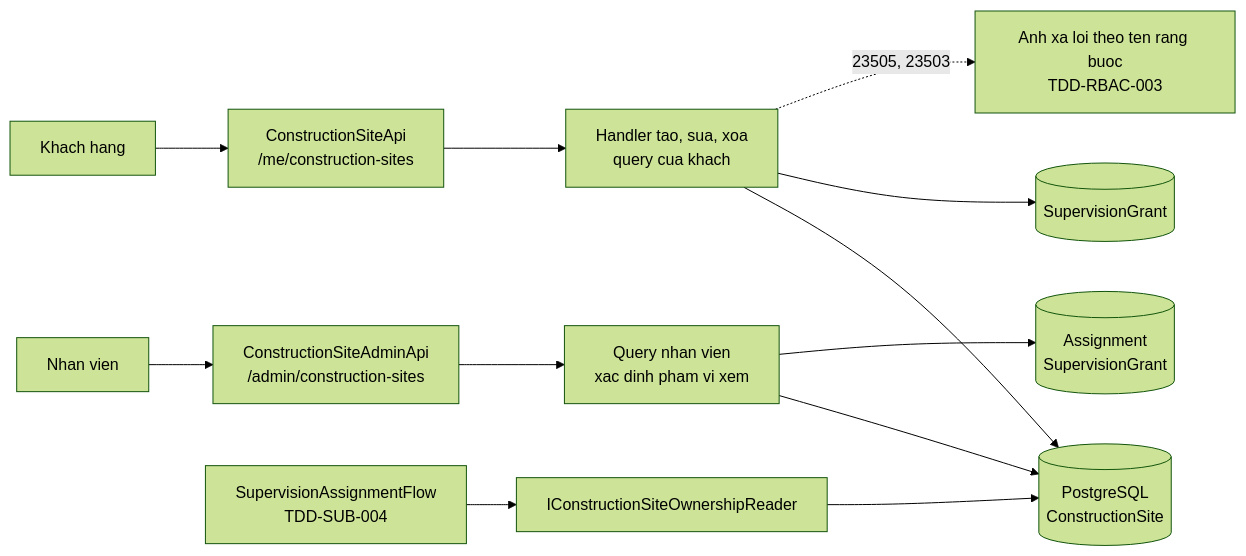
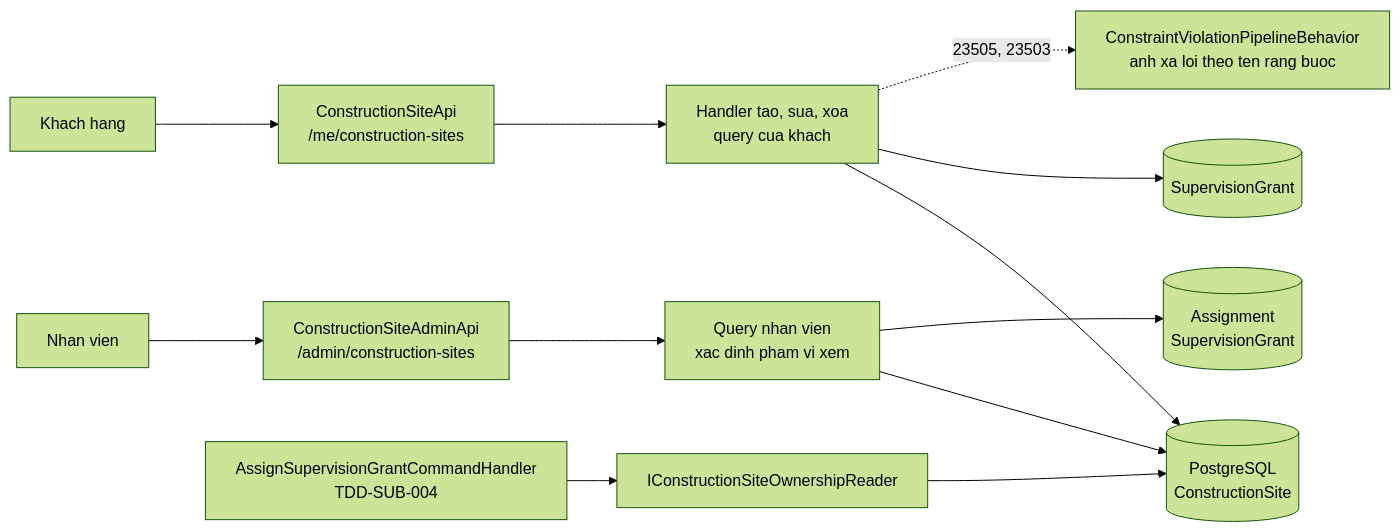
One commit to TaskCoper/bmt-documentation changed the first of 5 diagrams in tdd/TDD-SITE-001.md. Above: the diagram before and after it, drawn with Mermaid (forest theme). The commit also changed other lines of this file and 12 other files, not shown here.

First line of the commit message:
docs: đồng bộ TDD, ERD và nợ kỹ thuật với code đã triển khai

````diff
--- a/tdd/TDD-SITE-001.md
+++ b/tdd/TDD-SITE-001.md
@@ -98,14 +114,14 @@
 ```mermaid
 flowchart LR
     KH[Khach hang] --> MAPI[ConstructionSiteApi<br/>/me/construction-sites]
     NV[Nhan vien] --> AAPI[ConstructionSiteAdminApi<br/>/admin/construction-sites]
     MAPI --> CH[Handler tao, sua, xoa<br/>query cua khach]
     AAPI --> SQ[Query nhan vien<br/>xac dinh pham vi xem]
     CH --> PG[(PostgreSQL<br/>ConstructionSite)]
     SQ --> PG
     SQ --> AS[(Assignment<br/>SupervisionGrant)]
     CH --> SG[(SupervisionGrant)]
-    GA[SupervisionAssignmentFlow<br/>TDD-SUB-004] --> OR[IConstructionSiteOwnershipReader]
+    GA[AssignSupervisionGrantCommandHandler<br/>TDD-SUB-004] --> OR[IConstructionSiteOwnershipReader]
     OR --> PG
-    CH -.->|23505, 23503| TR[Anh xa loi theo ten rang buoc<br/>TDD-RBAC-003]
+    CH -.->|23505, 23503| TR[ConstraintViolationPipelineBehavior<br/>anh xa loi theo ten rang buoc]
 ```
````
